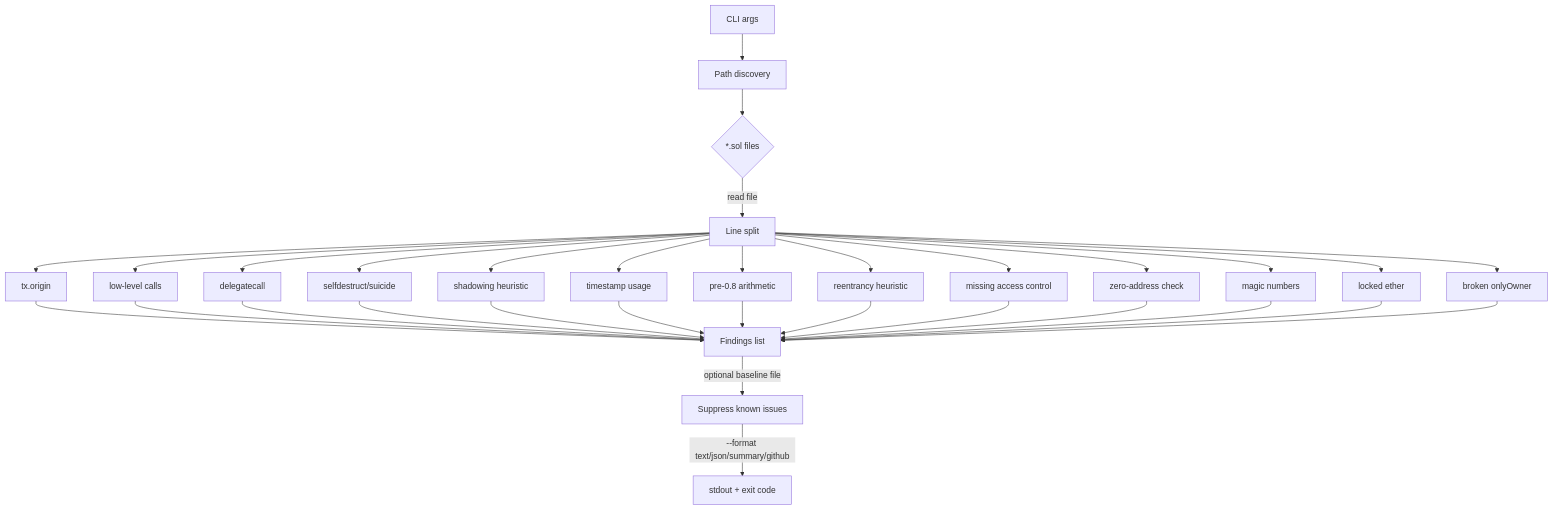
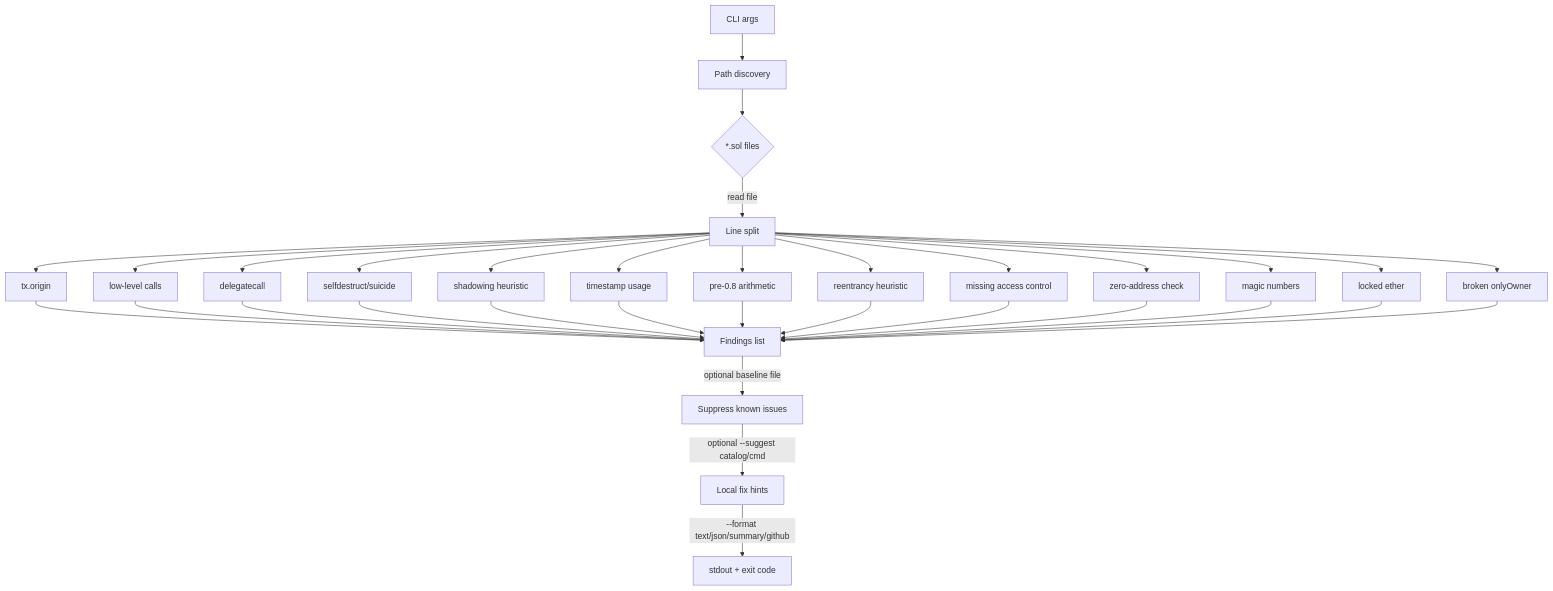
One commit to SibghatUllah1997/audit-agent-py changed the diagram in README.md. Above: the diagram before and after it, drawn with Mermaid. The commit also changed other lines of this file and 3 other files, not shown here.

First line of the commit message:
docs: document local fix hints and mark days 1 and 30 done

````diff
--- a/README.md
+++ b/README.md
@@ -243,22 +263,23 @@
 ```mermaid
 flowchart TD
     A[CLI args] --> B[Path discovery]
     B --> C{*.sol files}
     C -->|read file| D[Line split]
     D --> E1[tx.origin]
     D --> E2[low-level calls]
     D --> E3[delegatecall]
     D --> E4[selfdestruct/suicide]
     D --> E5[shadowing heuristic]
     D --> E6[timestamp usage]
     D --> E7[pre-0.8 arithmetic]
     D --> E8[reentrancy heuristic]
     D --> E9[missing access control]
     D --> E10[zero-address check]
     D --> E11[magic numbers]
     D --> E12[locked ether]
     D --> E13[broken onlyOwner]
     E1 & E2 & E3 & E4 & E5 & E6 & E7 & E8 & E9 & E10 & E11 & E12 & E13 --> F[Findings list]
     F -->|optional baseline file| G[Suppress known issues]
-    G -->|--format text/json/summary/github| H[stdout + exit code]
+    G -->|optional --suggest catalog/cmd| I[Local fix hints]
+    I -->|--format text/json/summary/github| H[stdout + exit code]
 ```
````
